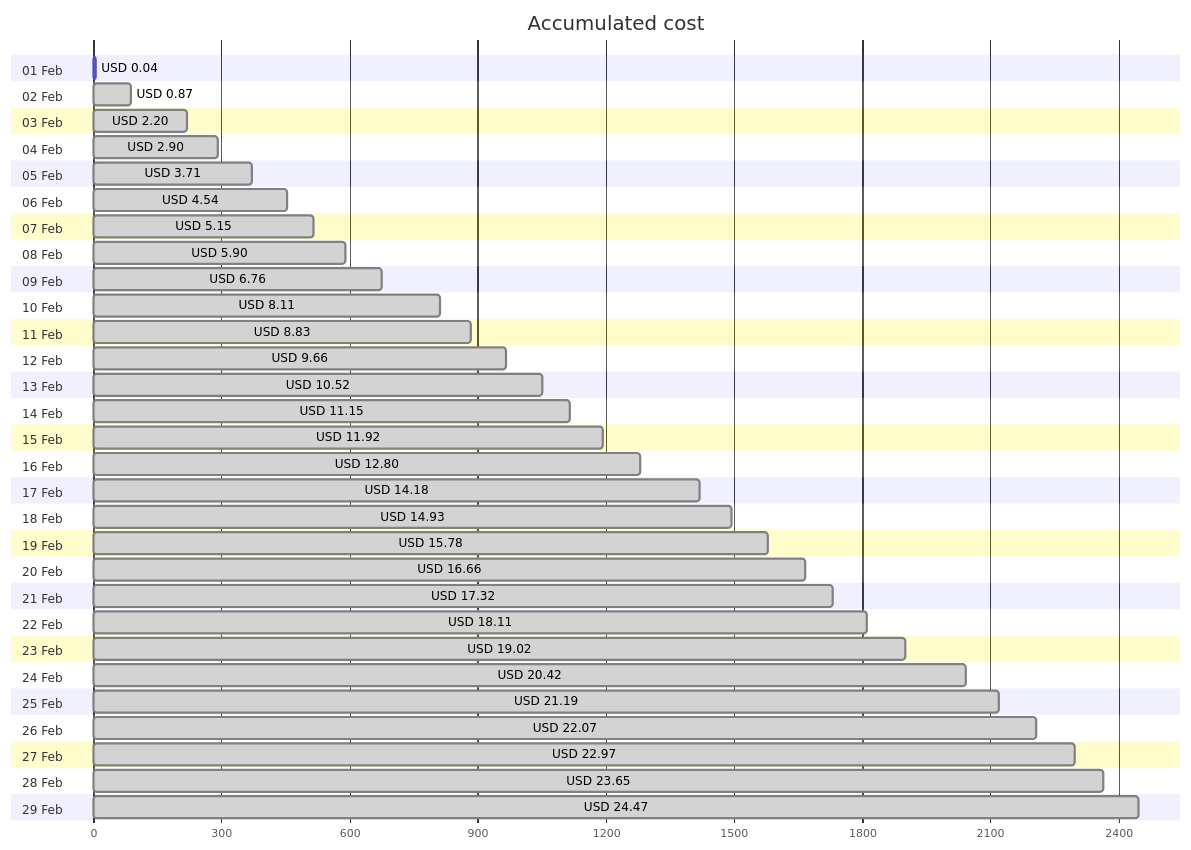
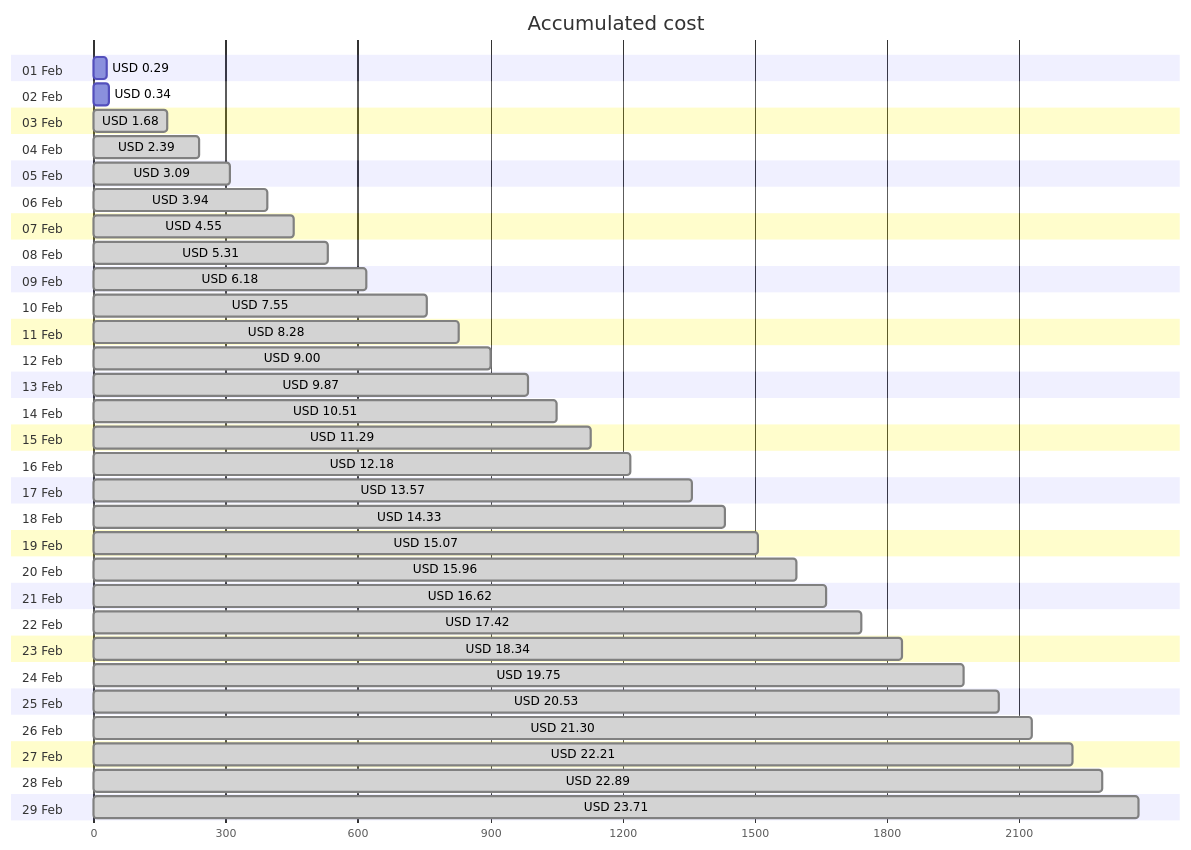
Before and after one commit to jpfulton/azure-personal-reports: the first of 4 diagrams in cost-reports/personal-network/vpn-server.md, drawn with Mermaid. The commit also changed other lines of this file and 8 other files, not shown here.

````diff
--- a/cost-reports/personal-network/vpn-server.md
+++ b/cost-reports/personal-network/vpn-server.md
@@ -20,64 +20,64 @@
 ```mermaid
 gantt
    title Accumulated cost
    dateFormat  X
    axisFormat %s
    section 01 Feb
-   USD 0.04 :0, 4
+   USD 0.29 :0, 29
    section 02 Feb
-   USD 0.87 : done, 0, 87
+   USD 0.34 :0, 34
    section 03 Feb
-   USD 2.20 : done, 0, 220
+   USD 1.68 : done, 0, 168
    section 04 Feb
-   USD 2.90 : done, 0, 290
+   USD 2.39 : done, 0, 239
    section 05 Feb
-   USD 3.71 : done, 0, 371
+   USD 3.09 : done, 0, 309
    section 06 Feb
-   USD 4.54 : done, 0, 454
+   USD 3.94 : done, 0, 394
    section 07 Feb
-   USD 5.15 : done, 0, 515
+   USD 4.55 : done, 0, 455
    section 08 Feb
-   USD 5.90 : done, 0, 590
+   USD 5.31 : done, 0, 531
    section 09 Feb
-   USD 6.76 : done, 0, 676
+   USD 6.18 : done, 0, 618
    section 10 Feb
-   USD 8.11 : done, 0, 811
+   USD 7.55 : done, 0, 755
    section 11 Feb
-   USD 8.83 : done, 0, 883
+   USD 8.28 : done, 0, 828
    section 12 Feb
-   USD 9.66 : done, 0, 966
+   USD 9.00 : done, 0, 900
    section 13 Feb
-   USD 10.52 : done, 0, 1052
+   USD 9.87 : done, 0, 987
    section 14 Feb
-   USD 11.15 : done, 0, 1115
+   USD 10.51 : done, 0, 1051
    section 15 Feb
-   USD 11.92 : done, 0, 1192
+   USD 11.29 : done, 0, 1129
    section 16 Feb
-   USD 12.80 : done, 0, 1280
+   USD 12.18 : done, 0, 1218
    section 17 Feb
-   USD 14.18 : done, 0, 1418
+   USD 13.57 : done, 0, 1357
    section 18 Feb
-   USD 14.93 : done, 0, 1493
+   USD 14.33 : done, 0, 1433
    section 19 Feb
-   USD 15.78 : done, 0, 1578
+   USD 15.07 : done, 0, 1507
    section 20 Feb
-   USD 16.66 : done, 0, 1666
+   USD 15.96 : done, 0, 1596
    section 21 Feb
-   USD 17.32 : done, 0, 1732
+   USD 16.62 : done, 0, 1662
    section 22 Feb
-   USD 18.11 : done, 0, 1811
+   USD 17.42 : done, 0, 1742
    section 23 Feb
-   USD 19.02 : done, 0, 1902
+   USD 18.34 : done, 0, 1834
    section 24 Feb
-   USD 20.42 : done, 0, 2042
+   USD 19.75 : done, 0, 1975
    section 25 Feb
-   USD 21.19 : done, 0, 2119
+   USD 20.53 : done, 0, 2053
    section 26 Feb
-   USD 22.07 : done, 0, 2207
+   USD 21.30 : done, 0, 2130
    section 27 Feb
-   USD 22.97 : done, 0, 2297
+   USD 22.21 : done, 0, 2221
    section 28 Feb
-   USD 23.65 : done, 0, 2365
+   USD 22.89 : done, 0, 2289
    section 29 Feb
-   USD 24.47 : done, 0, 2447
+   USD 23.71 : done, 0, 2371
 ```
````
